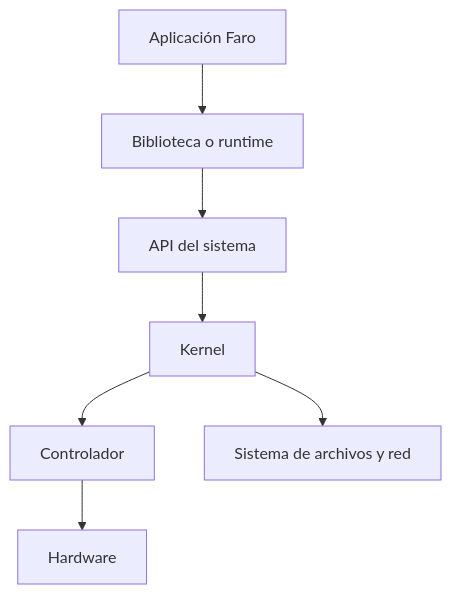
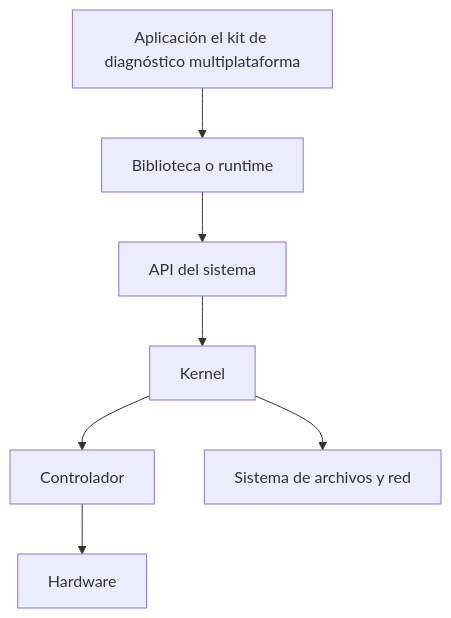
Before and after one commit to vladimiracunadev-create/modern-software-engineering-program: the second of 2 diagrams in content/part-02/SE-025.md, drawn with Mermaid. The commit also changed other lines of this file and 13 other files, not shown here.

````diff
--- a/content/part-02/SE-025.md
+++ b/content/part-02/SE-025.md
@@ -83,9 +83,9 @@
 ```mermaid
 flowchart TB
-    A[Aplicación Faro] --> B[Biblioteca o runtime]
+    A[Aplicación el kit de diagnóstico multiplataforma] --> B[Biblioteca o runtime]
     B --> C[API del sistema]
     C --> D[Kernel]
     D --> E[Controlador]
     E --> F[Hardware]
     D --> G[Sistema de archivos y red]
 ```
````
